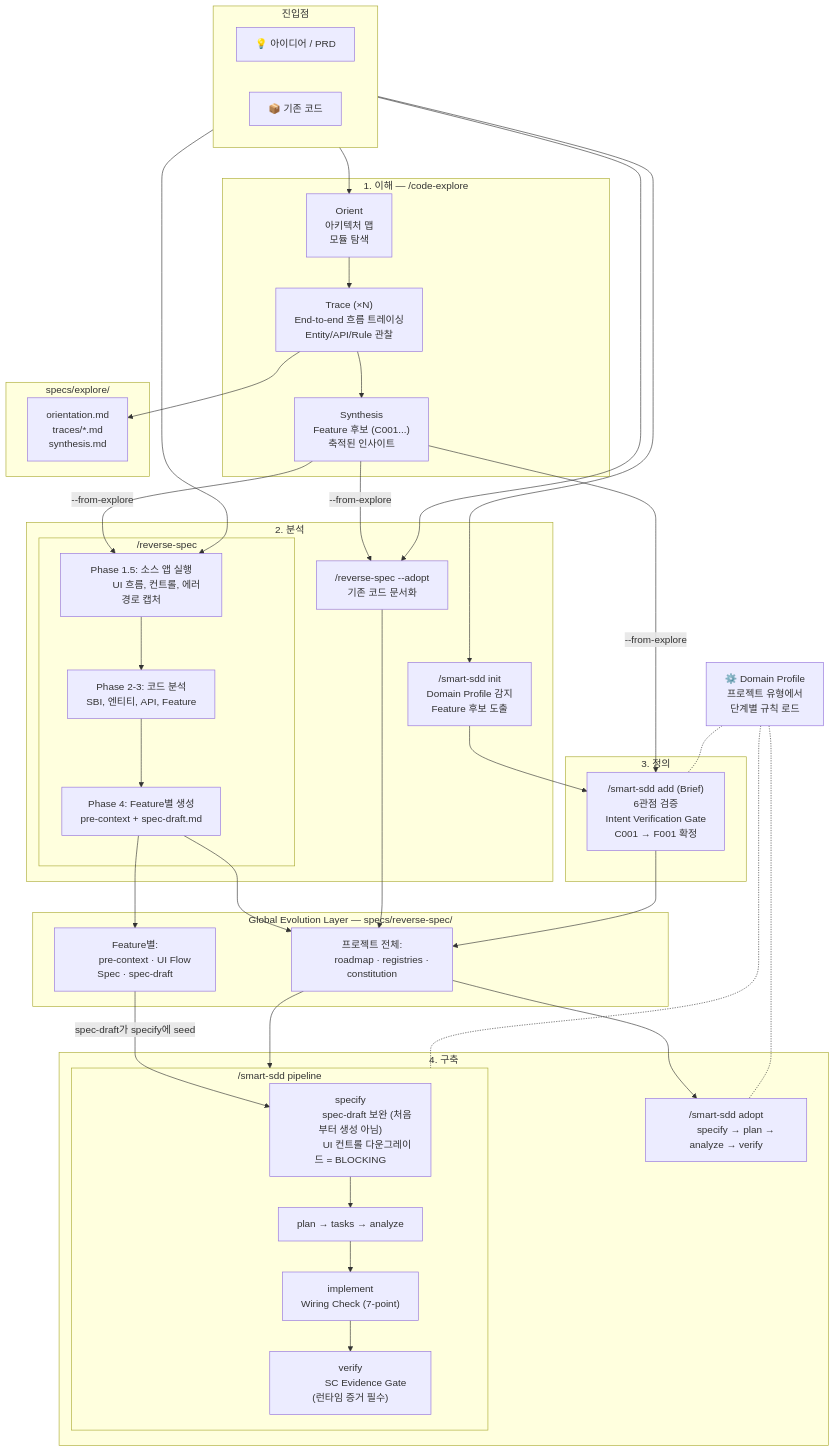
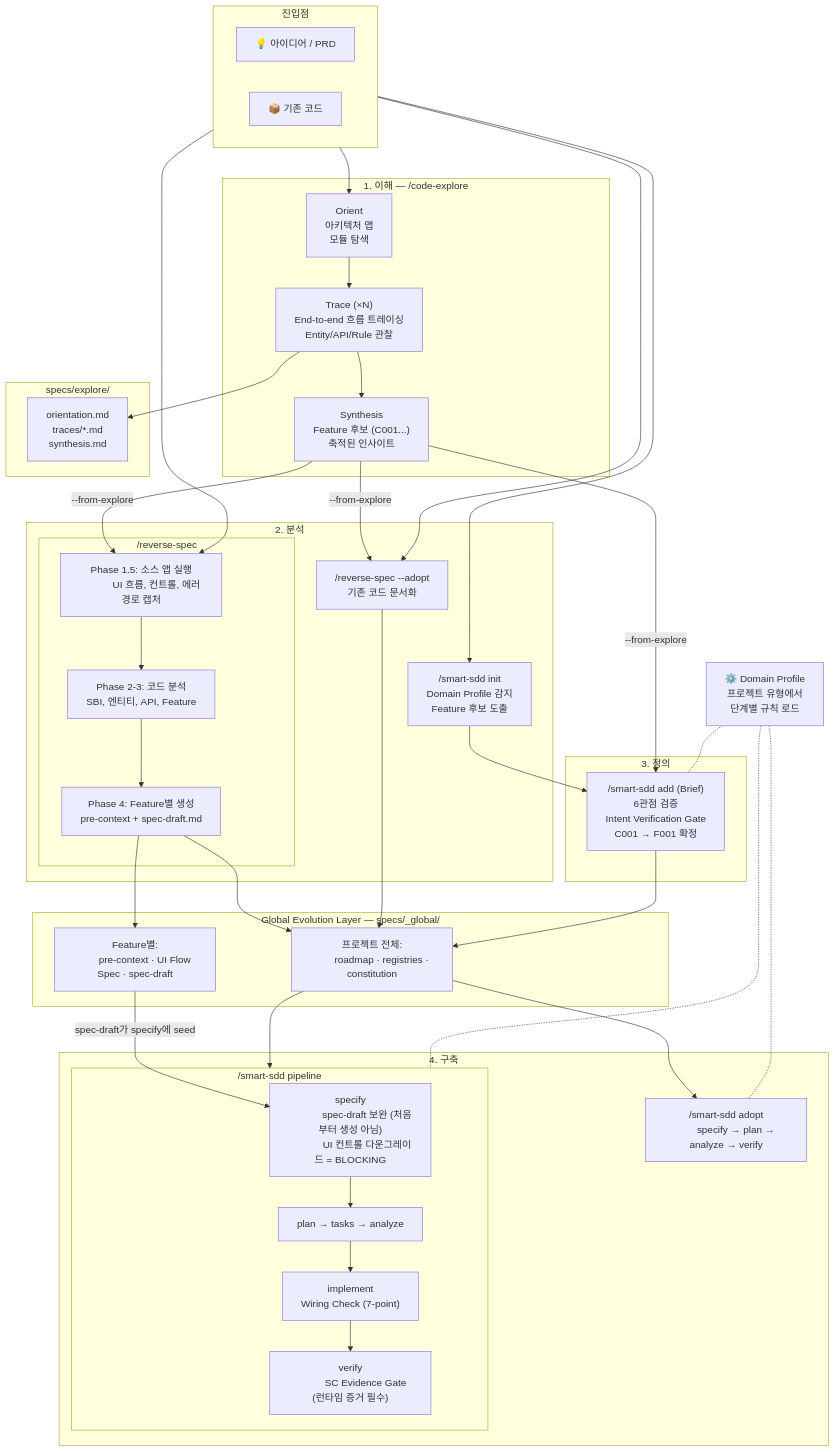
One commit to coolhero/spec-kit-skills changed the diagram in README.ko.md. Above: the diagram before and after it, drawn with Mermaid. The commit also changed other lines of this file and 33 other files, not shown here.

First line of the commit message:
Directory restructure: specs/reverse-spec/ → specs/_global/ + unified per-Feature

```diff
--- a/README.ko.md
+++ b/README.ko.md
@@ -276,7 +275,7 @@
         C001 → F001 확정"]
     end
 
-    subgraph gel["Global Evolution Layer — specs/reverse-spec/"]
+    subgraph gel["Global Evolution Layer — specs/_global/"]
         GEL_PROJ["프로젝트 전체:
         roadmap · registries · constitution"]
         GEL_FEAT["Feature별:
```
